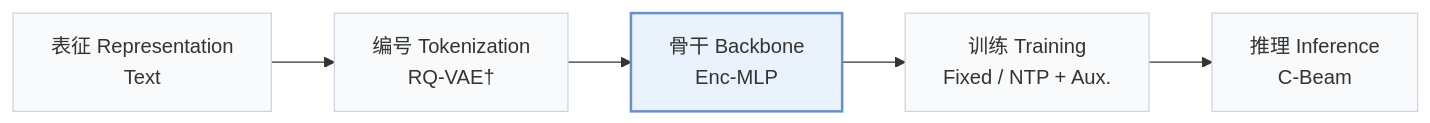
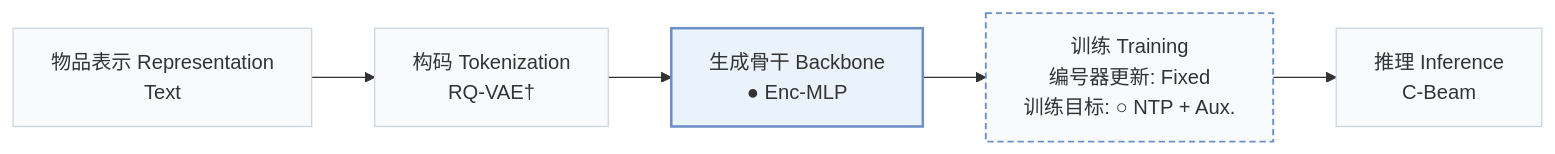
Before and after one commit to Galaxy-ghost/Awesome-SID-Generative-Rec: the first of 2 diagrams in pages/zh/papers/sid-mlp.md, drawn with Mermaid. The commit also changed other lines of this file and 558 other files, not shown here.

````diff
--- a/pages/zh/papers/sid-mlp.md
+++ b/pages/zh/papers/sid-mlp.md
@@ -15,8 +18,10 @@
 ```mermaid
 flowchart LR
-    R["表征 Representation<br/>Text"] --> T["编号 Tokenization<br/>RQ-VAE†"] --> B["骨干 Backbone<br/>Enc-MLP"] --> TR["训练 Training<br/>Fixed / NTP + Aux."] --> I["推理 Inference<br/>C-Beam"]
+    R["物品表示 Representation<br/>Text"] --> T["构码 Tokenization<br/>RQ-VAE†"] --> B["生成骨干 Backbone<br/>● Enc-MLP"] --> TR["训练 Training<br/>编号器更新: Fixed<br/>训练目标: ○ NTP + Aux."] --> I["推理 Inference<br/>C-Beam"]
     classDef base fill:#f8fafc,stroke:#cbd5e1
     class R,T,B,TR,I base
+    classDef other fill:#f8fafc,stroke:#6b8fc7,stroke-width:1.5px,stroke-dasharray:5 3
+    class TR other
     classDef main fill:#eaf2fb,stroke:#6b8fc7,stroke-width:2px
     class B main
 ```
````
